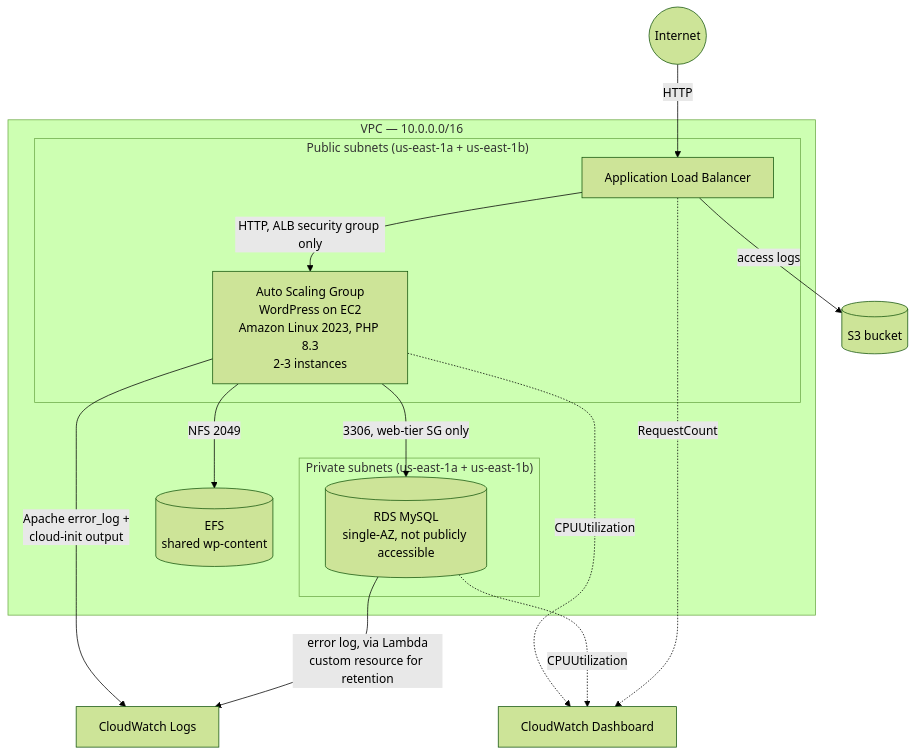
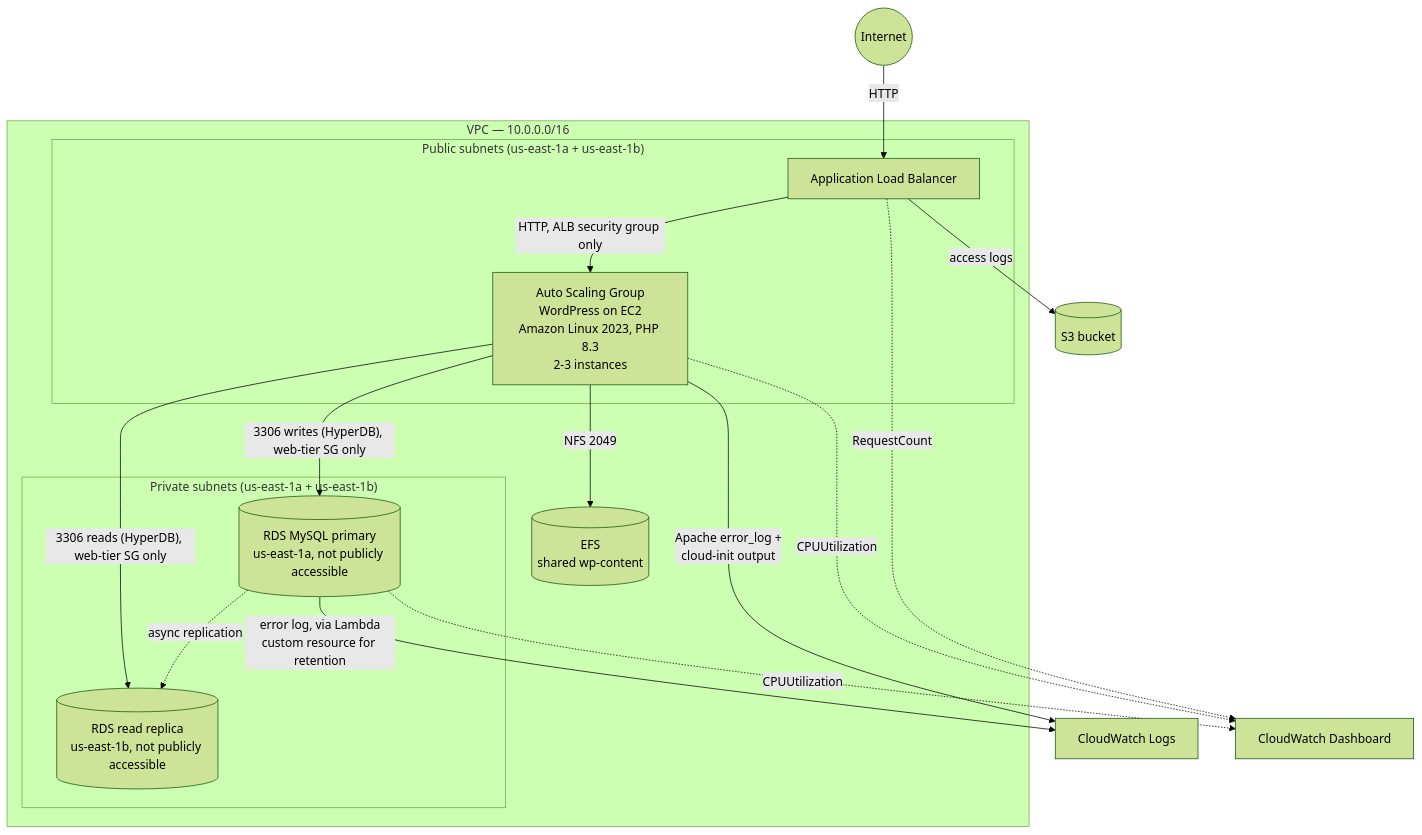
The first of 2 diagrams in README.md (bdahiya2007/three-tier-web-app-aws), drawn with Mermaid (forest theme) before and after one commit. The commit also changed other lines of this file and 1 other file, not shown here.

First line of the commit message:
Document RDS read replica, security review, and git/CI workflow

````diff
--- a/README.md
+++ b/README.md
@@ -20,28 +22,31 @@
 ```mermaid
 flowchart TB
     Internet((Internet))
 
     subgraph VPC["VPC — 10.0.0.0/16"]
         subgraph Public["Public subnets (us-east-1a + us-east-1b)"]
             ALB[Application Load Balancer]
             ASG["Auto Scaling Group<br/>WordPress on EC2<br/>Amazon Linux 2023, PHP 8.3<br/>2-3 instances"]
         end
         subgraph Private["Private subnets (us-east-1a + us-east-1b)"]
-            RDS[("RDS MySQL<br/>single-AZ, not publicly accessible")]
+            RDS[("RDS MySQL primary<br/>us-east-1a, not publicly accessible")]
+            Replica[("RDS read replica<br/>us-east-1b, not publicly accessible")]
         end
         EFS[("EFS<br/>shared wp-content")]
     end
 
     Internet -->|HTTP| ALB
     ALB -->|HTTP, ALB security group only| ASG
-    ASG -->|3306, web-tier SG only| RDS
+    ASG -->|"3306 writes (HyperDB), web-tier SG only"| RDS
+    ASG -->|"3306 reads (HyperDB), web-tier SG only"| Replica
+    RDS -.->|async replication| Replica
     ASG -->|NFS 2049| EFS
 
     ALB -->|access logs| S3[(S3 bucket)]
     ASG -->|Apache error_log +<br/>cloud-init output| CWLogs[CloudWatch Logs]
     RDS -->|error log, via Lambda<br/>custom resource for retention| CWLogs
     CWDash[CloudWatch Dashboard]
     ASG -.->|CPUUtilization| CWDash
     RDS -.->|CPUUtilization| CWDash
     ALB -.->|RequestCount| CWDash
 ```
````
